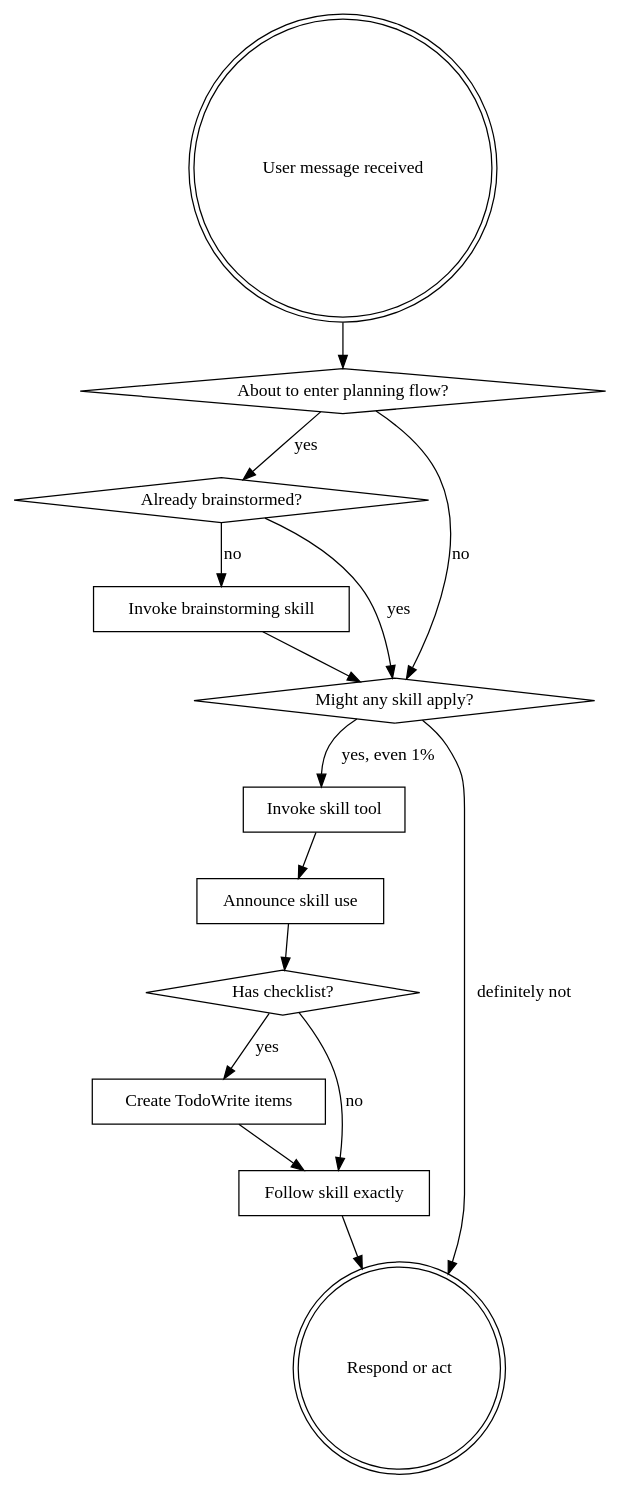
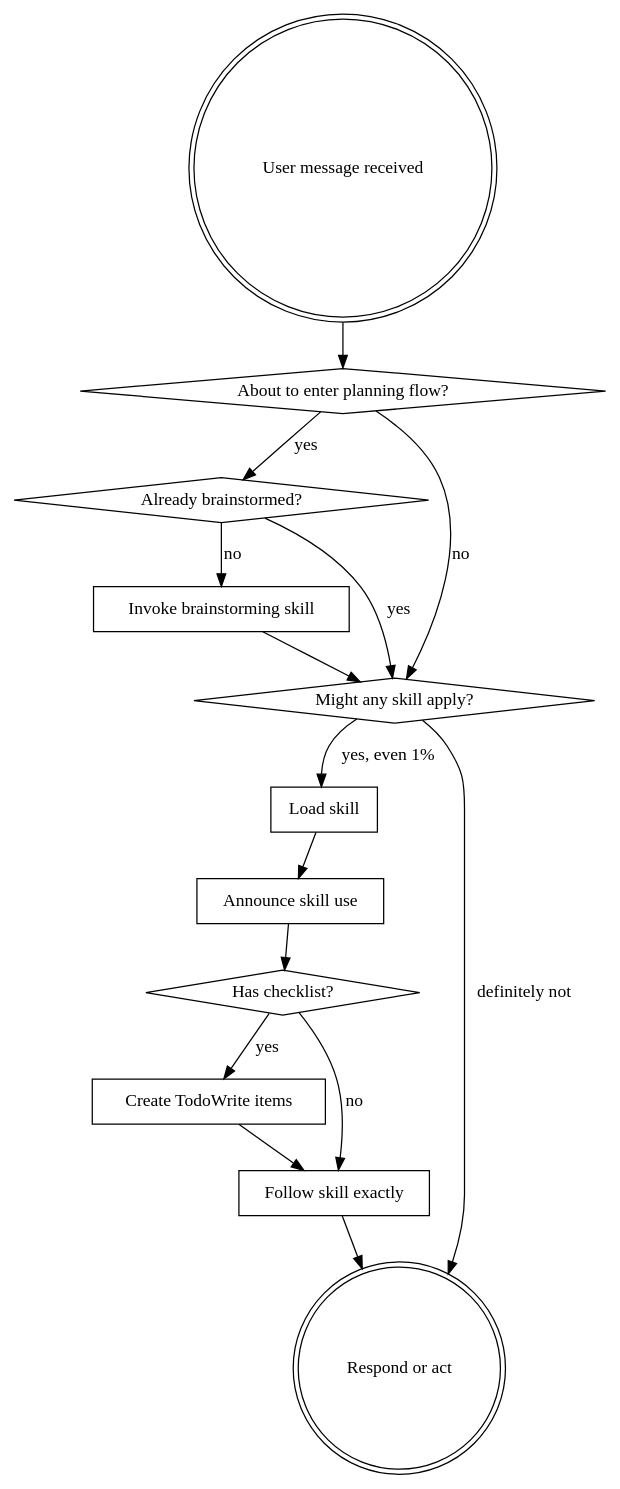
The diagram in skills/using-know-how/SKILL.md (clashmar/know-how), drawn with Graphviz before and after one commit. The commit also changed other lines of this file and 17 other files, not shown here.

````diff
--- a/skills/using-know-how/SKILL.md
+++ b/skills/using-know-how/SKILL.md
@@ -39,30 +40,30 @@
 ```dot
 digraph skill_flow {
     "User message received" [shape=doublecircle];
     "About to enter planning flow?" [shape=diamond];
     "Already brainstormed?" [shape=diamond];
     "Invoke brainstorming skill" [shape=box];
     "Might any skill apply?" [shape=diamond];
-    "Invoke skill tool" [shape=box];
+    "Load skill" [shape=box];
     "Announce skill use" [shape=box];
     "Has checklist?" [shape=diamond];
     "Create TodoWrite items" [shape=box];
     "Follow skill exactly" [shape=box];
     "Respond or act" [shape=doublecircle];
 
     "User message received" -> "About to enter planning flow?";
     "About to enter planning flow?" -> "Already brainstormed?" [label="yes"];
     "About to enter planning flow?" -> "Might any skill apply?" [label="no"];
     "Already brainstormed?" -> "Invoke brainstorming skill" [label="no"];
     "Already brainstormed?" -> "Might any skill apply?" [label="yes"];
     "Invoke brainstorming skill" -> "Might any skill apply?";
-    "Might any skill apply?" -> "Invoke skill tool" [label="yes, even 1%"];
+    "Might any skill apply?" -> "Load skill" [label="yes, even 1%"];
     "Might any skill apply?" -> "Respond or act" [label="definitely not"];
-    "Invoke skill tool" -> "Announce skill use";
+    "Load skill" -> "Announce skill use";
     "Announce skill use" -> "Has checklist?";
     "Has checklist?" -> "Create TodoWrite items" [label="yes"];
     "Has checklist?" -> "Follow skill exactly" [label="no"];
     "Create TodoWrite items" -> "Follow skill exactly";
     "Follow skill exactly" -> "Respond or act";
 }
 ```
````
